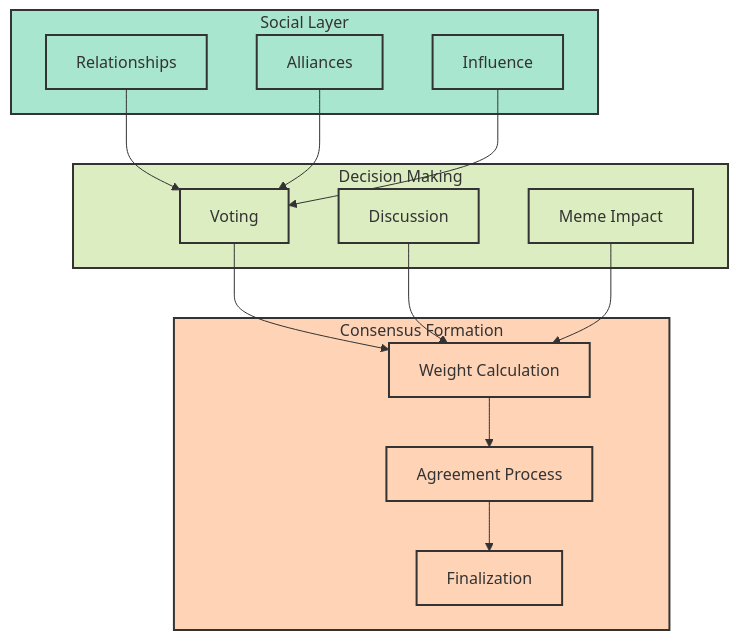
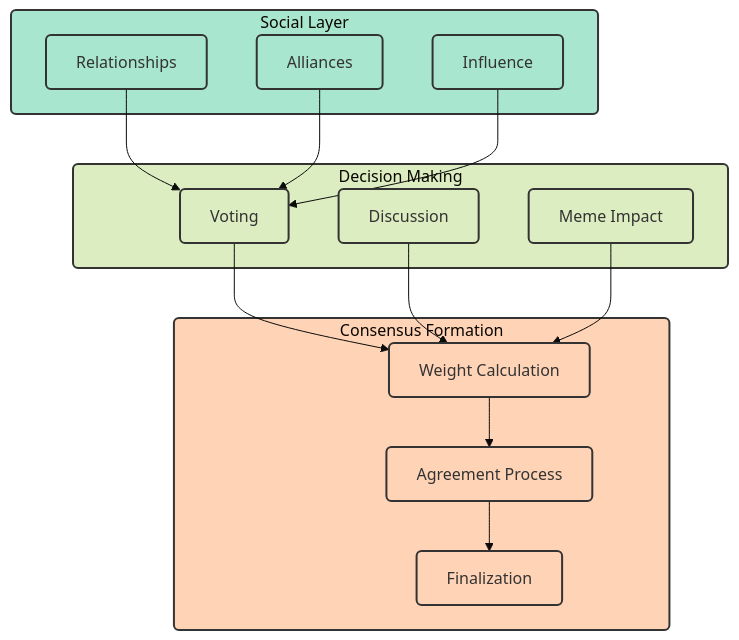
One commit to SumeetChougule/chaoschain changed the sixth of 6 diagrams in docs/introduction/architecture.md. Above: the diagram before and after it, drawn with Mermaid. The commit also changed other lines of this file, not shown here.

Commit message:
Improve System Overview diagram contrast and readability

````diff
--- a/docs/introduction/architecture.md
+++ b/docs/introduction/architecture.md
@@ -228,38 +225,39 @@
 ```mermaid
+%%{init: {'theme': 'base', 'themeVariables': { 'fontSize': '16px', 'fontFamily': 'arial' }}}%%
 flowchart TB
     subgraph Social["Social Layer"]
         R["Relationships"]
         A["Alliances"]
         I["Influence"]
     end
     
     subgraph Decision["Decision Making"]
         V["Voting"]
         D["Discussion"]
         M["Meme Impact"]
     end
     
     subgraph Formation["Consensus Formation"]
         W["Weight Calculation"]
         AG["Agreement Process"]
         F["Finalization"]
     end
     
     R --> V
     A --> V
     I --> V
     V --> W
     D --> W
     M --> W
     W --> AG
     AG --> F
     
-    classDef default fill:#f8f9fa,stroke:#333,stroke-width:2px
-    classDef social fill:#a8e6cf,stroke:#333,stroke-width:2px
-    classDef decision fill:#dcedc1,stroke:#333,stroke-width:2px
-    classDef formation fill:#ffd3b6,stroke:#333,stroke-width:2px
+    classDef default fill:#f8f9fa,stroke:#333,stroke-width:2px,rx:5,ry:5
+    classDef social fill:#a8e6cf,stroke:#333,stroke-width:2px,rx:5,ry:5
+    classDef decision fill:#dcedc1,stroke:#333,stroke-width:2px,rx:5,ry:5
+    classDef formation fill:#ffd3b6,stroke:#333,stroke-width:2px,rx:5,ry:5
     
     class R,A,I,Social social
     class V,D,M,Decision decision
     class W,AG,F,Formation formation
-```
+``` 
````
